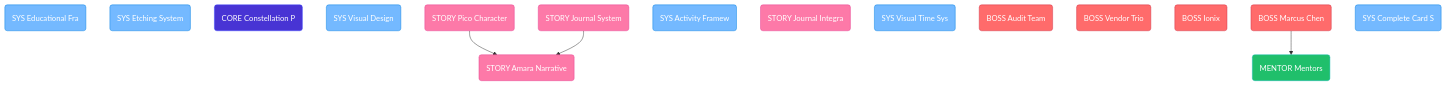
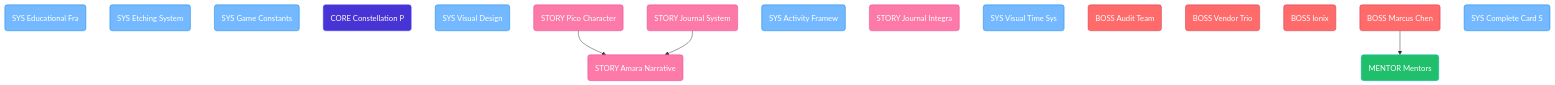
One commit to Flep-Glop/rogue-resident-docs changed the diagram in exports/constellation-map.mmd. Above: the diagram before and after it, drawn with Mermaid. The commit also changed 56 other files, not shown here.

```diff
--- a/exports/constellation-map.mmd
+++ b/exports/constellation-map.mmd
@@ -1,44 +1,46 @@
 graph TD
 
     educational-framework(SYS Educational Fra)
     class educational-framework system
     etching-system(SYS Etching System)
     class etching-system system
+    game-constants(SYS Game Constants)
+    class game-constants system
     constellation-phenomenon(CORE Constellation P)
     class constellation-phenomenon core
     visual-design(SYS Visual Design)
     class visual-design system
     pico-character(STORY Pico Character)
     class pico-character narrative
     journal-system(STORY Journal System)
     class journal-system narrative
     amara-narrative(STORY Amara Narrative)
     class amara-narrative narrative
     activity-framework(SYS Activity Framew)
     class activity-framework system
     journal-integration(STORY Journal Integra)
     class journal-integration narrative
     visual-time-system(SYS Visual Time Sys)
     class visual-time-system system
     audit-team(BOSS Audit Team)
     class audit-team boss
     vendor-trio(BOSS Vendor Trio)
     class vendor-trio boss
     ionix(BOSS Ionix)
     class ionix boss
     marcus-chen(BOSS Marcus Chen)
     class marcus-chen boss
     mentors(MENTOR Mentors)
     class mentors mentor
     complete-card-system(SYS Complete Card S)
     class complete-card-system system
 
     pico-character --> amara-narrative
     journal-system --> amara-narrative
     marcus-chen --> mentors
 
     classDef boss fill:#ff6b6b,stroke:#d63447,color:#fff
     classDef mentor fill:#20bf6b,stroke:#0fb9b1,color:#fff
     classDef core fill:#4834d4,stroke:#3742fa,color:#fff
     classDef narrative fill:#fd79a8,stroke:#e84393,color:#fff
     classDef system fill:#74b9ff,stroke:#0984e3,color:#fff
```
